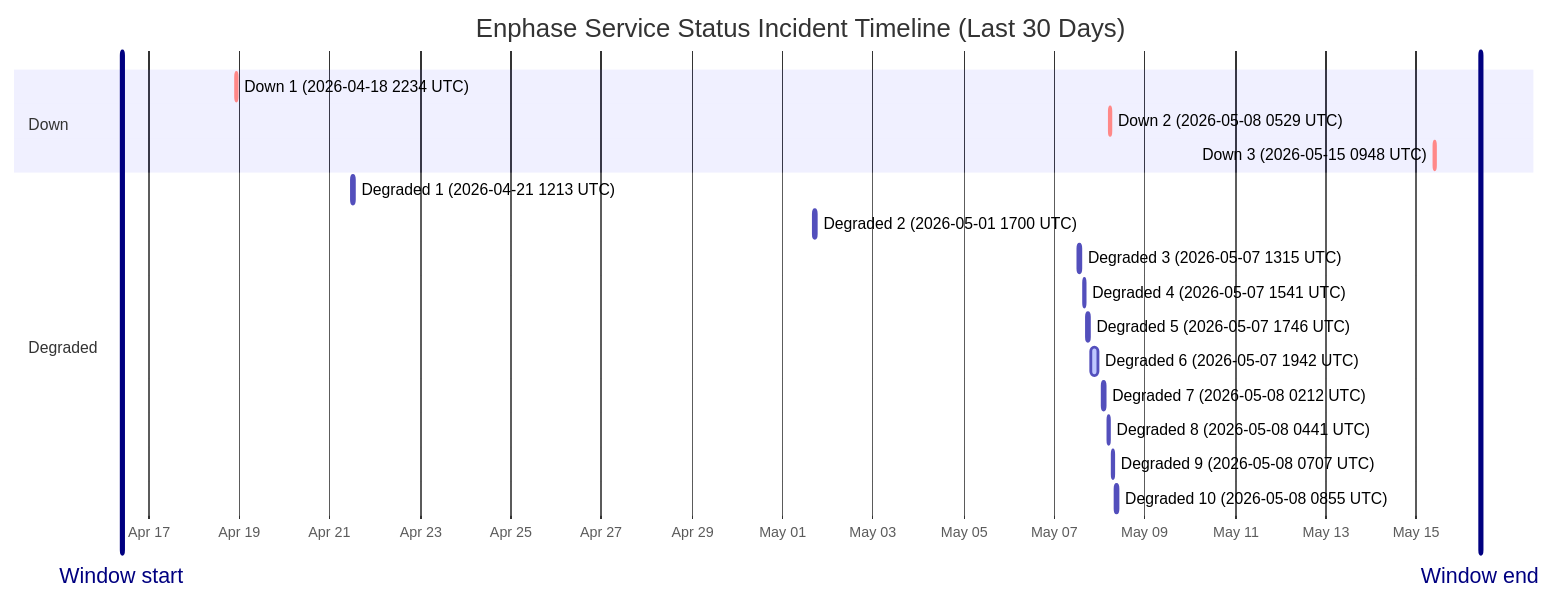
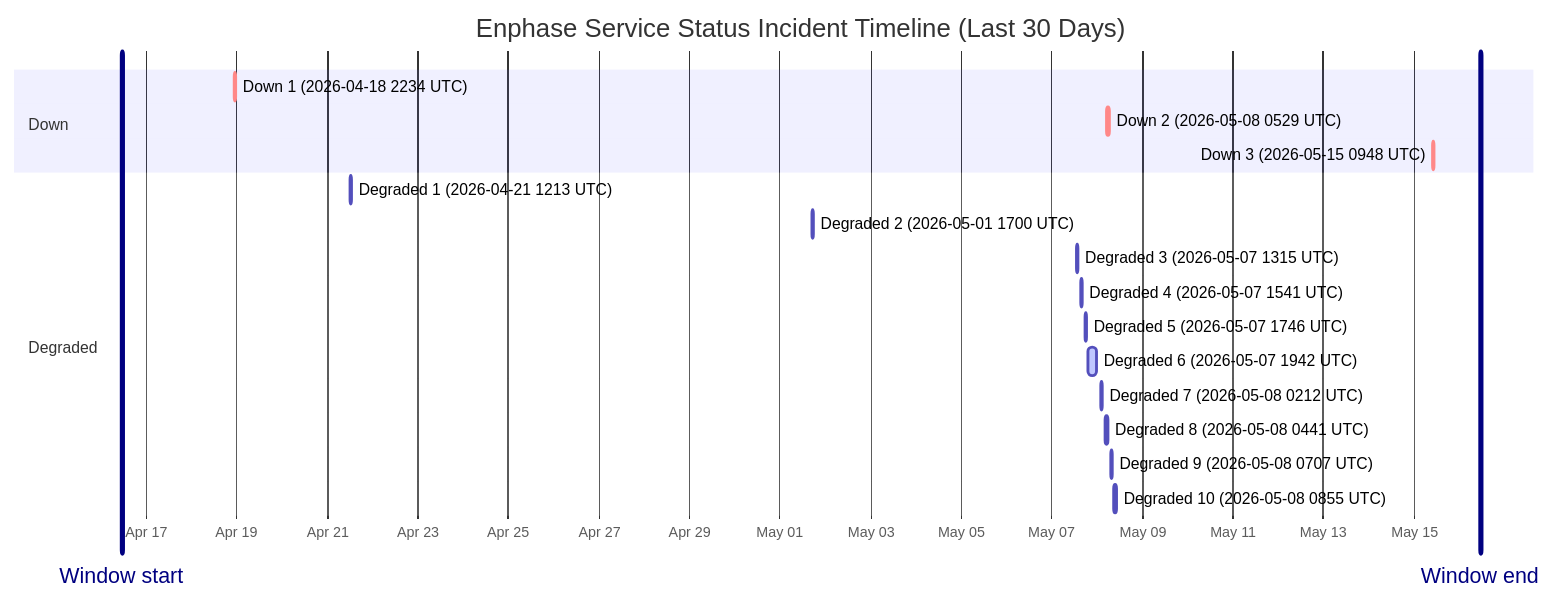
Before and after one commit to barneyonline/ha-enphase-ev-charger: the diagram in wiki/Service-Status-History.md, drawn with Mermaid. The commit also changed other lines of this file and 3 other files, not shown here.

````diff
--- a/wiki/Service-Status-History.md
+++ b/wiki/Service-Status-History.md
@@ -14,23 +14,23 @@
 ```mermaid
 gantt
     title Enphase Service Status Incident Timeline (Last 30 Days)
     dateFormat  YYYY-MM-DDTHH:mm:ss
     axisFormat  %b %d
-    Window start :vert, window-start, 2026-04-16T09:55:32, 0ms
-    Window end :vert, window-end, 2026-05-16T09:55:32, 0ms
+    Window start :vert, window-start, 2026-04-16T11:01:54, 0ms
+    Window end :vert, window-end, 2026-05-16T11:01:54, 0ms
     section Down
     Down 1 (2026-04-18 2234 UTC) :crit, down-1, 2026-04-18T22:34:13, 60m
     Down 2 (2026-05-08 0529 UTC) :crit, down-2, 2026-05-08T05:29:47, 60m
     Down 3 (2026-05-15 0948 UTC) :crit, down-3, 2026-05-15T09:48:18, 60m
     section Degraded
     Degraded 1 (2026-04-21 1213 UTC) :active, degraded-1, 2026-04-21T12:13:11, 60m
     Degraded 2 (2026-05-01 1700 UTC) :active, degraded-2, 2026-05-01T17:00:22, 60m
     Degraded 3 (2026-05-07 1315 UTC) :active, degraded-3, 2026-05-07T13:15:25, 60m
     Degraded 4 (2026-05-07 1541 UTC) :active, degraded-4, 2026-05-07T15:41:58, 60m
     Degraded 5 (2026-05-07 1746 UTC) :active, degraded-5, 2026-05-07T17:46:51, 60m
     Degraded 6 (2026-05-07 1942 UTC) :active, degraded-6, 2026-05-07T19:42:10, 249m
     Degraded 7 (2026-05-08 0212 UTC) :active, degraded-7, 2026-05-08T02:12:39, 60m
     Degraded 8 (2026-05-08 0441 UTC) :active, degraded-8, 2026-05-08T04:41:46, 60m
     Degraded 9 (2026-05-08 0707 UTC) :active, degraded-9, 2026-05-08T07:07:30, 60m
     Degraded 10 (2026-05-08 0855 UTC) :active, degraded-10, 2026-05-08T08:55:20, 88m
 ```
````
